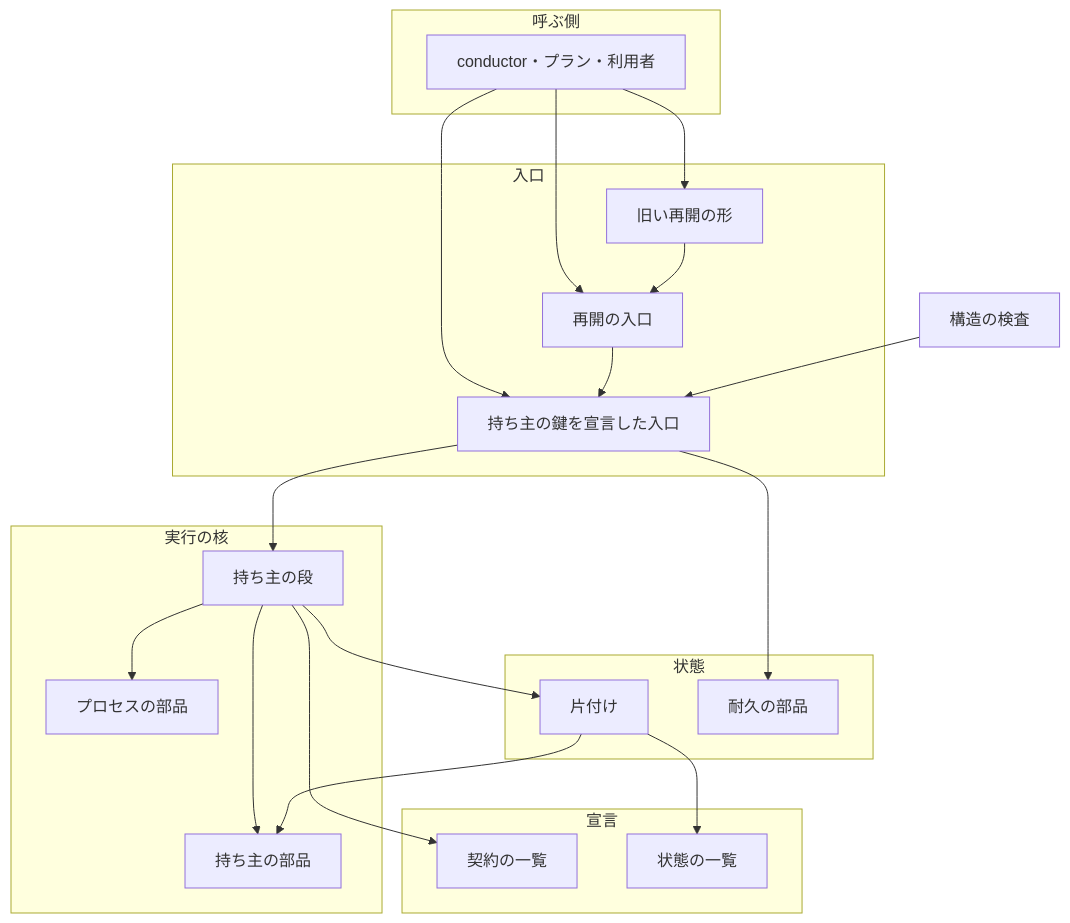
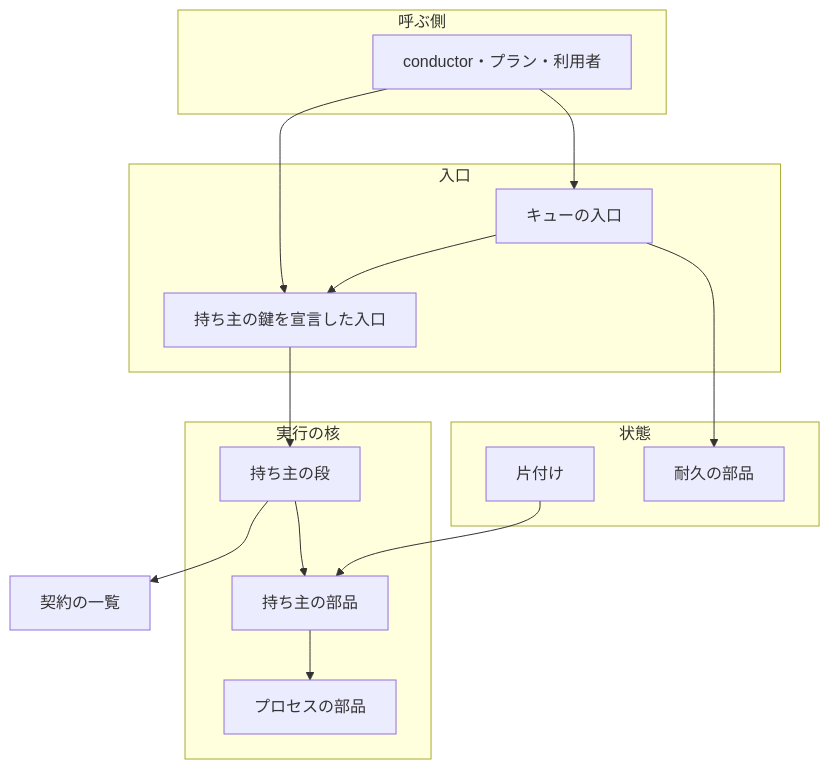
One commit to devbasex/ai-plugins changed the first of 7 diagrams in issues/issue-2342-design.md. Above: the diagram before and after it, drawn with Mermaid. The commit also changed other lines of this file and 5 other files, not shown here.

````diff
--- a/issues/issue-2342-design.md
+++ b/issues/issue-2342-design.md
@@ -141,38 +123,29 @@
 ```mermaid
 graph TD
     subgraph 呼ぶ側
         C[conductor・プラン・利用者]
     end
     subgraph 入口
         EN[持ち主の鍵を宣言した入口]
-        RS[再開の入口]
-        AL[旧い再開の形]
+        Q[キューの入口]
     end
     subgraph 実行の核
         K[持ち主の段]
         LS[持ち主の部品]
         PR[プロセスの部品]
     end
-    subgraph 宣言
-        CT[契約の一覧]
-        KD[状態の一覧]
-    end
     subgraph 状態
         SW[片付け]
         DB[耐久の部品]
     end
+    CT[契約の一覧]
     C --> EN
-    C --> RS
-    C --> AL
-    AL --> RS
-    RS --> EN
+    C --> Q
+    Q --> EN
     EN --> K
+    K --> CT
     K --> LS
-    K --> PR
-    K --> SW
-    K --> CT
-    SW --> KD
+    LS --> PR
     SW --> LS
-    EN --> DB
-    CK[構造の検査] --> EN
+    Q --> DB
 ```
````
